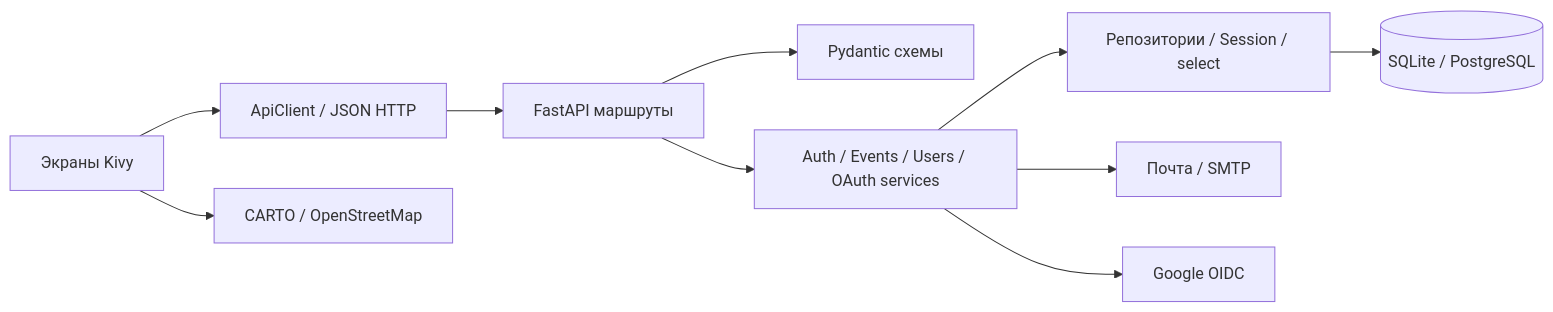
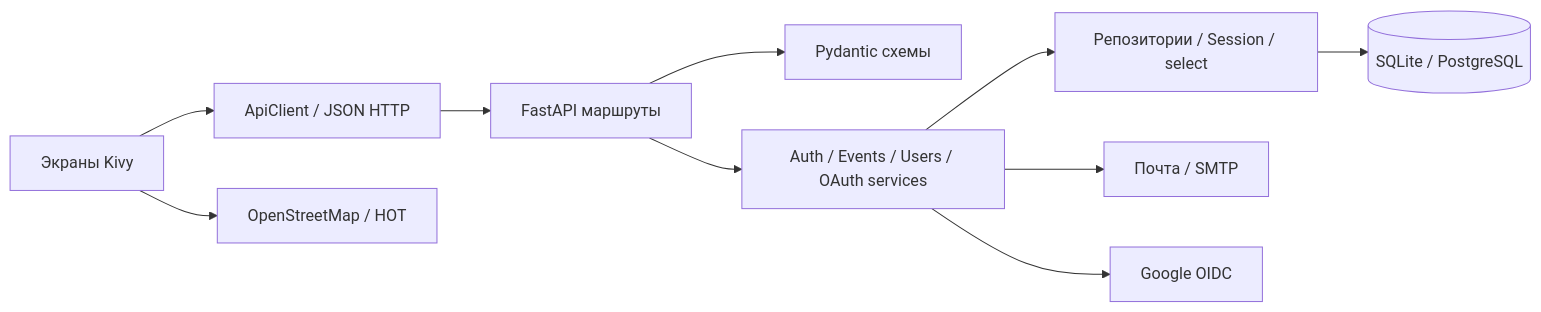
The first of 2 diagrams in docs/ARCHITECTURE.md (dhdhsbdbd132-sys/ssdsad), drawn with Mermaid before and after one commit. The commit also changed 24 other files, not shown here.

````diff
--- a/docs/ARCHITECTURE.md
+++ b/docs/ARCHITECTURE.md
@@ -5,12 +5,12 @@
 ```mermaid
 flowchart LR
     UI[Экраны Kivy] --> HTTP[ApiClient / JSON HTTP]
     HTTP --> Routes[FastAPI маршруты]
     Routes --> Schemas[Pydantic схемы]
     Routes --> Services[Auth / Events / Users / OAuth services]
     Services --> Repos[Репозитории / Session / select]
     Repos --> DB[(SQLite / PostgreSQL)]
     Services --> Mail[Почта / SMTP]
     Services --> OIDC[Google OIDC]
-    UI --> Map[CARTO / OpenStreetMap]
+    UI --> Map[OpenStreetMap / HOT]
 ```
````
